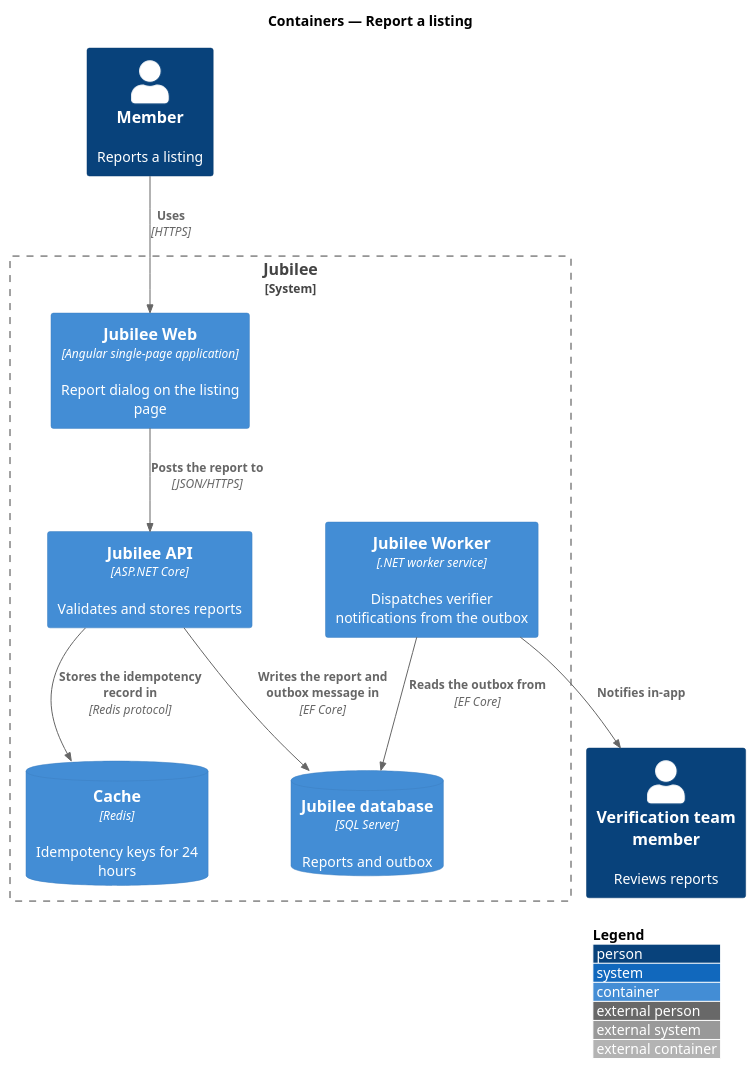
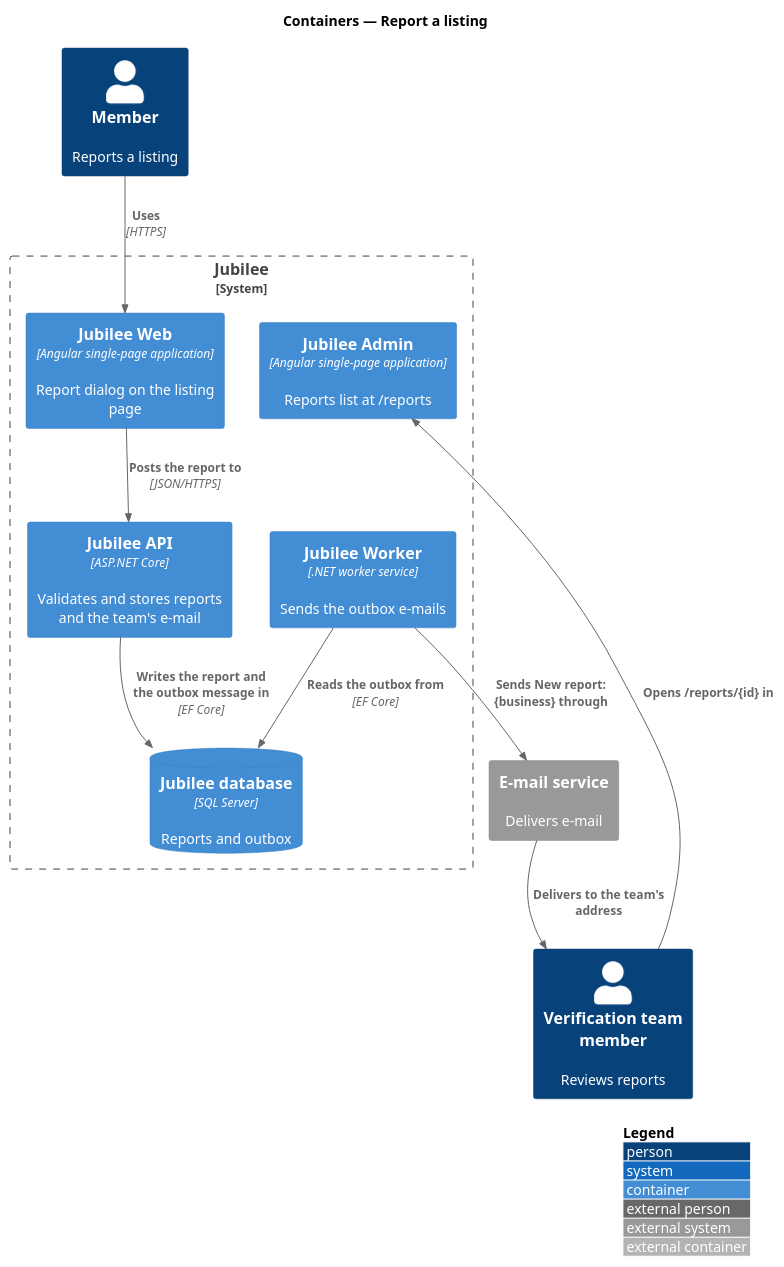
The diagram in docs/detailed-designs/listings/report-listing/diagrams/c4-container.puml (QuinntyneBrown/jubilee), drawn with PlantUML before and after one commit. The commit also changed 25 other files, not shown here.

First line of the commit message:
Requirements, designs and ADR 0055 for finishing journey 21: crawler routing of shared links, og-image.png, and the team's e-mail of a report

```diff
--- a/docs/detailed-designs/listings/report-listing/diagrams/c4-container.puml
+++ b/docs/detailed-designs/listings/report-listing/diagrams/c4-container.puml
@@ -1,21 +1,23 @@
 @startuml
 !include <C4/C4_Container>
 LAYOUT_WITH_LEGEND()
 title Containers — Report a listing
 
 Person(member, "Member", "Reports a listing")
 Person(verifier, "Verification team member", "Reviews reports")
+System_Ext(mail, "E-mail service", "Delivers e-mail")
 System_Boundary(jubilee, "Jubilee") {
   Container(web, "Jubilee Web", "Angular single-page application", "Report dialog on the listing page")
-  Container(api, "Jubilee API", "ASP.NET Core", "Validates and stores reports")
-  Container(worker, "Jubilee Worker", ".NET worker service", "Dispatches verifier notifications from the outbox")
-  ContainerDb(cache, "Cache", "Redis", "Idempotency keys for 24 hours")
+  Container(api, "Jubilee API", "ASP.NET Core", "Validates and stores reports and the team's e-mail")
+  Container(worker, "Jubilee Worker", ".NET worker service", "Sends the outbox e-mails")
+  Container(admin, "Jubilee Admin", "Angular single-page application", "Reports list at /reports")
   ContainerDb(db, "Jubilee database", "SQL Server", "Reports and outbox")
 }
 Rel(member, web, "Uses", "HTTPS")
 Rel(web, api, "Posts the report to", "JSON/HTTPS")
-Rel(api, cache, "Stores the idempotency record in", "Redis protocol")
-Rel(api, db, "Writes the report and outbox message in", "EF Core")
+Rel(api, db, "Writes the report and the outbox message in", "EF Core")
 Rel(worker, db, "Reads the outbox from", "EF Core")
-Rel(worker, verifier, "Notifies in-app")
+Rel(worker, mail, "Sends New report: {business} through")
+Rel(mail, verifier, "Delivers to the team's address")
+Rel(verifier, admin, "Opens /reports/{id} in")
 @enduml
```
